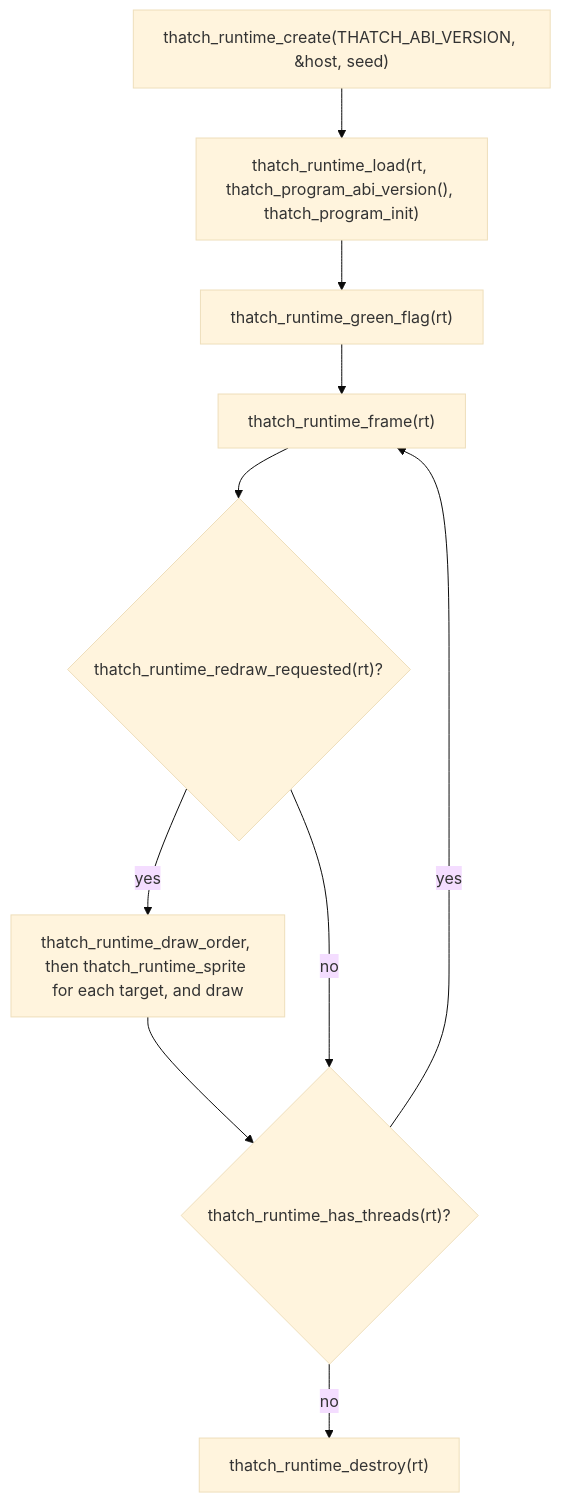
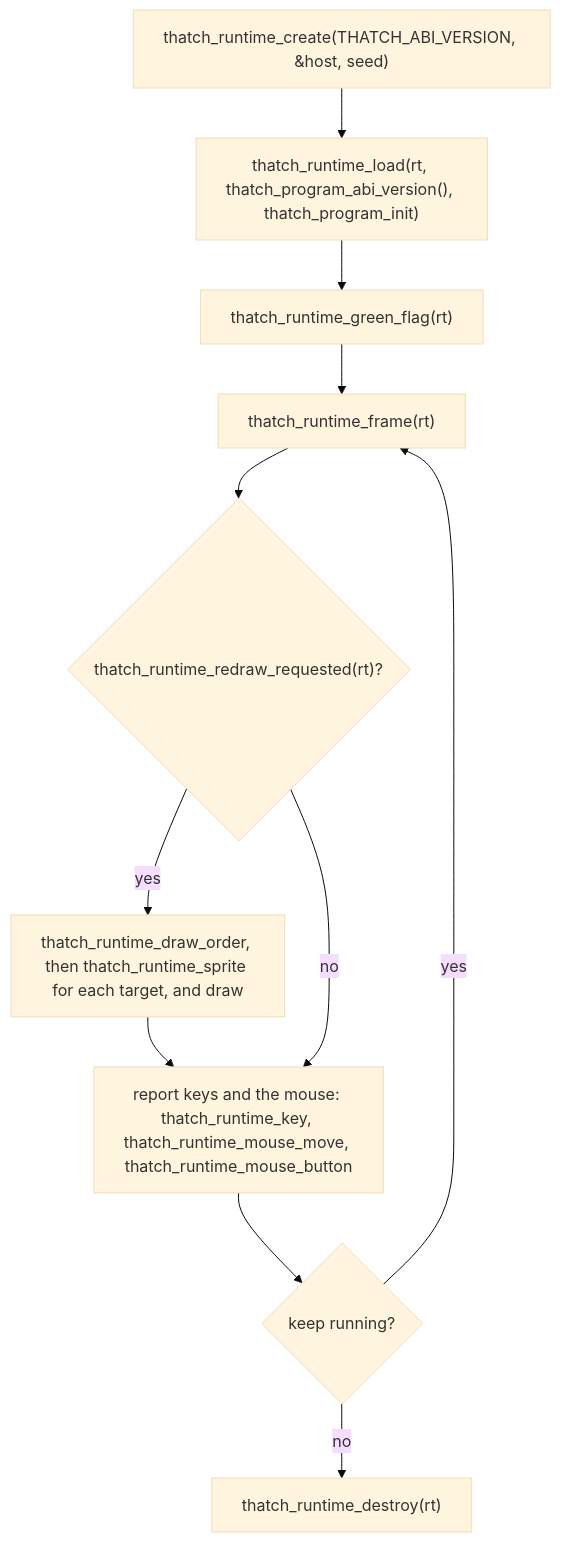
The diagram in docs/abi.md (AstroBlocksMod/thatch), drawn with Mermaid (base theme) before and after one commit. The commit also changed other lines of this file and 34 other files, not shown here.

First line of the commit message:
Add input to the host table: keys, mouse, clicks and their hats (#5)

````diff
--- a/docs/abi.md
+++ b/docs/abi.md
@@ -89,11 +96,12 @@
 ```mermaid
 flowchart TD
     create["thatch_runtime_create(THATCH_ABI_VERSION, &host, seed)"] --> load["thatch_runtime_load(rt, thatch_program_abi_version(), thatch_program_init)"]
     load --> flag["thatch_runtime_green_flag(rt)"]
     flag --> frame["thatch_runtime_frame(rt)"]
     frame --> redraw{"thatch_runtime_redraw_requested(rt)?"}
-    redraw -->|yes| draw["thatch_runtime_draw_order, then thatch_runtime_sprite for each target, and draw"] --> more
-    redraw -->|no| more{"thatch_runtime_has_threads(rt)?"}
+    redraw -->|yes| draw["thatch_runtime_draw_order, then thatch_runtime_sprite for each target, and draw"] --> input
+    redraw -->|no| input["report keys and the mouse: thatch_runtime_key, thatch_runtime_mouse_move, thatch_runtime_mouse_button"]
+    input --> more{"keep running?"}
     more -->|yes| frame
     more -->|no| destroy["thatch_runtime_destroy(rt)"]
 ```
````
